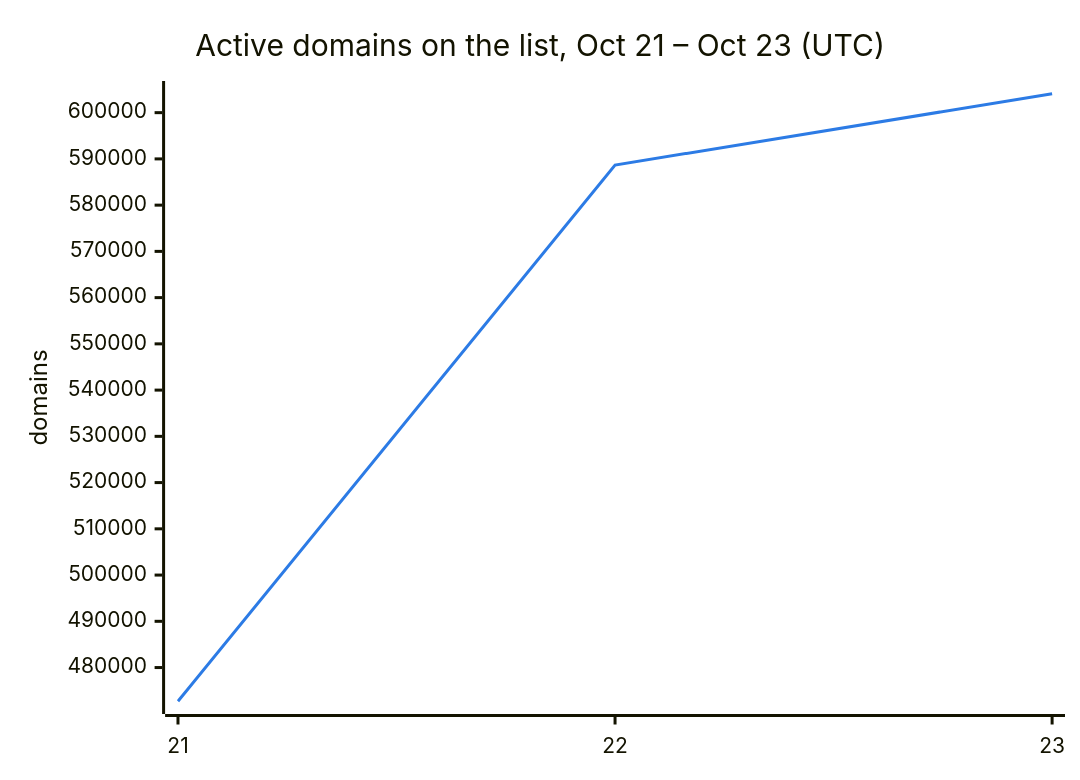
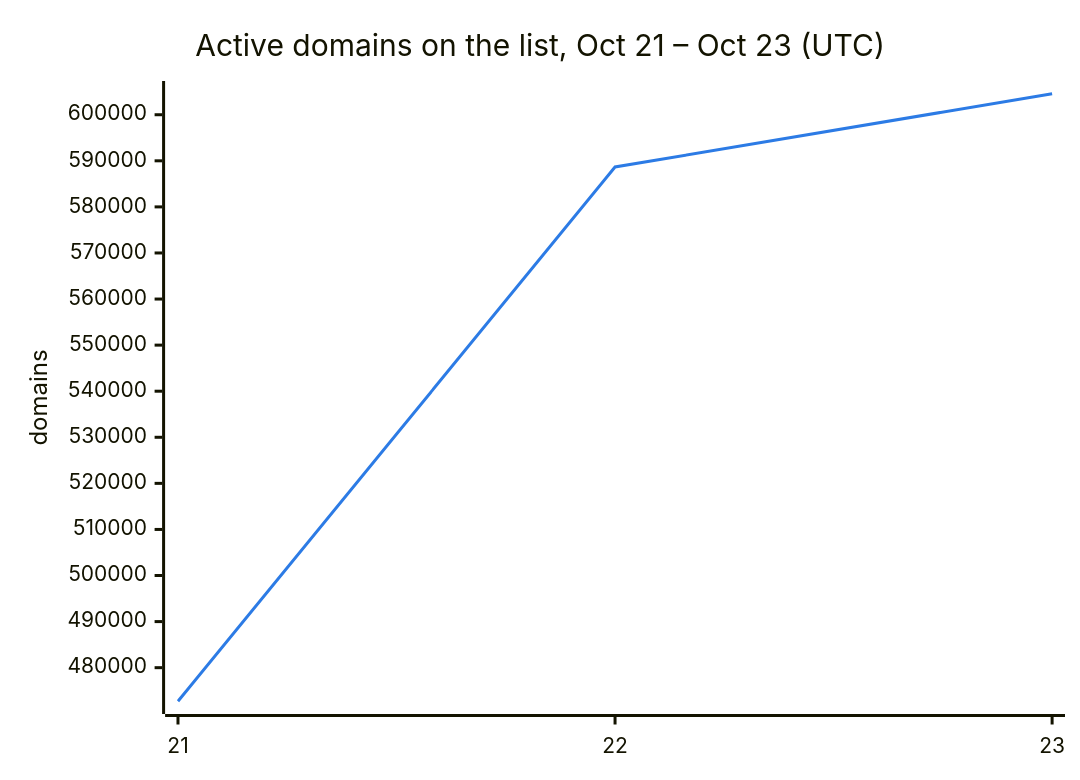
Before and after one commit to DNSBunker/CTI: the second of 3 diagrams in README.md, drawn with Mermaid. The commit also changed other lines of this file and 3 other files, not shown here.

````diff
--- a/README.md
+++ b/README.md
@@ -38,8 +38,8 @@
 ```mermaid
 %%{init: {"themeVariables": {"xyChart": {"plotColorPalette": "#2c7be5"}}}}%%
 xychart-beta
     title "Active domains on the list, Oct 21 – Oct 23 (UTC)"
     x-axis ["21", "22", "23"]
     y-axis "domains"
-    line [472713, 588659, 604089]
+    line [472713, 588659, 604554]
 ```
````
